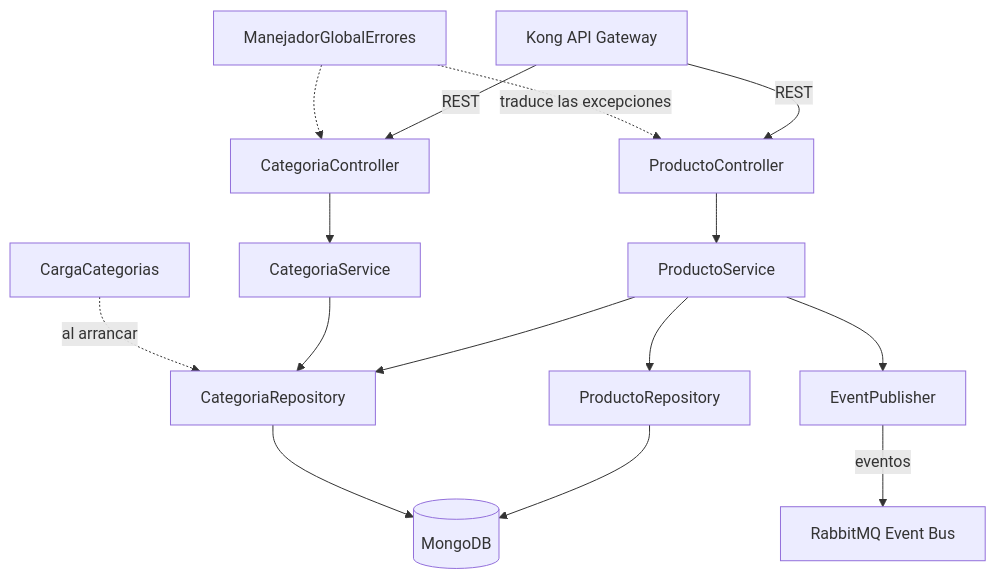
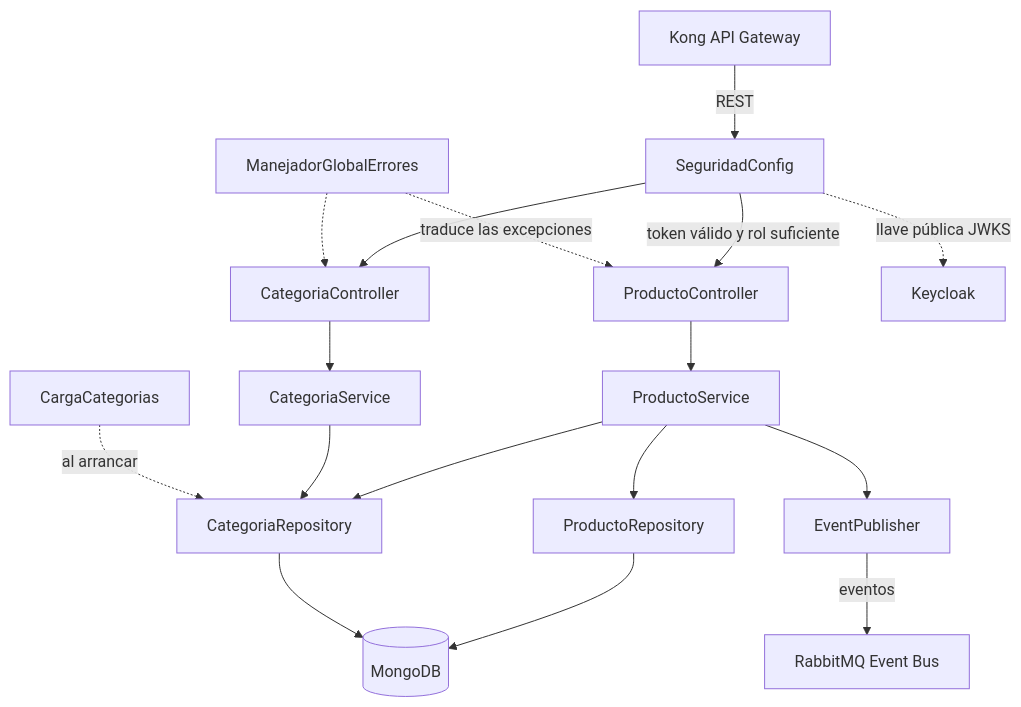
Before and after one commit to rancesra/teambsoft-backend: the diagram in docs/ARQUITECTURA-CATALOGO.md, drawn with Mermaid. The commit also changed other lines of this file and 1 other file, not shown here.

Commit message:
Contrato v2.5 y arquitectura v1.6: login con Keycloak en los endpoints de administracion

````diff
--- a/docs/ARQUITECTURA-CATALOGO.md
+++ b/docs/ARQUITECTURA-CATALOGO.md
@@ -28,17 +30,19 @@
 ```mermaid
 graph TD
-    Kong[Kong API Gateway] -->|REST| PC[ProductoController]
-    Kong -->|REST| CC[CategoriaController]
+    Kong[Kong API Gateway] -->|REST| Seg[SeguridadConfig]
+    Seg -->|token válido y rol suficiente| PC[ProductoController]
+    Seg --> CC[CategoriaController]
+    Seg -.->|llave pública JWKS| Keycloak[Keycloak]
     PC --> PS[ProductoService]
     CC --> CS[CategoriaService]
     PS --> PR[ProductoRepository]
     PS --> CR[CategoriaRepository]
     CS --> CR
     PR --> Mongo[(MongoDB)]
     CR --> Mongo
     Carga[CargaCategorias] -.->|al arrancar| CR
     PS --> Publisher[EventPublisher]
     Publisher -->|eventos| RabbitMQ[RabbitMQ Event Bus]
     Errores[ManejadorGlobalErrores] -.->|traduce las excepciones| PC
     Errores -.-> CC
 ```
````
